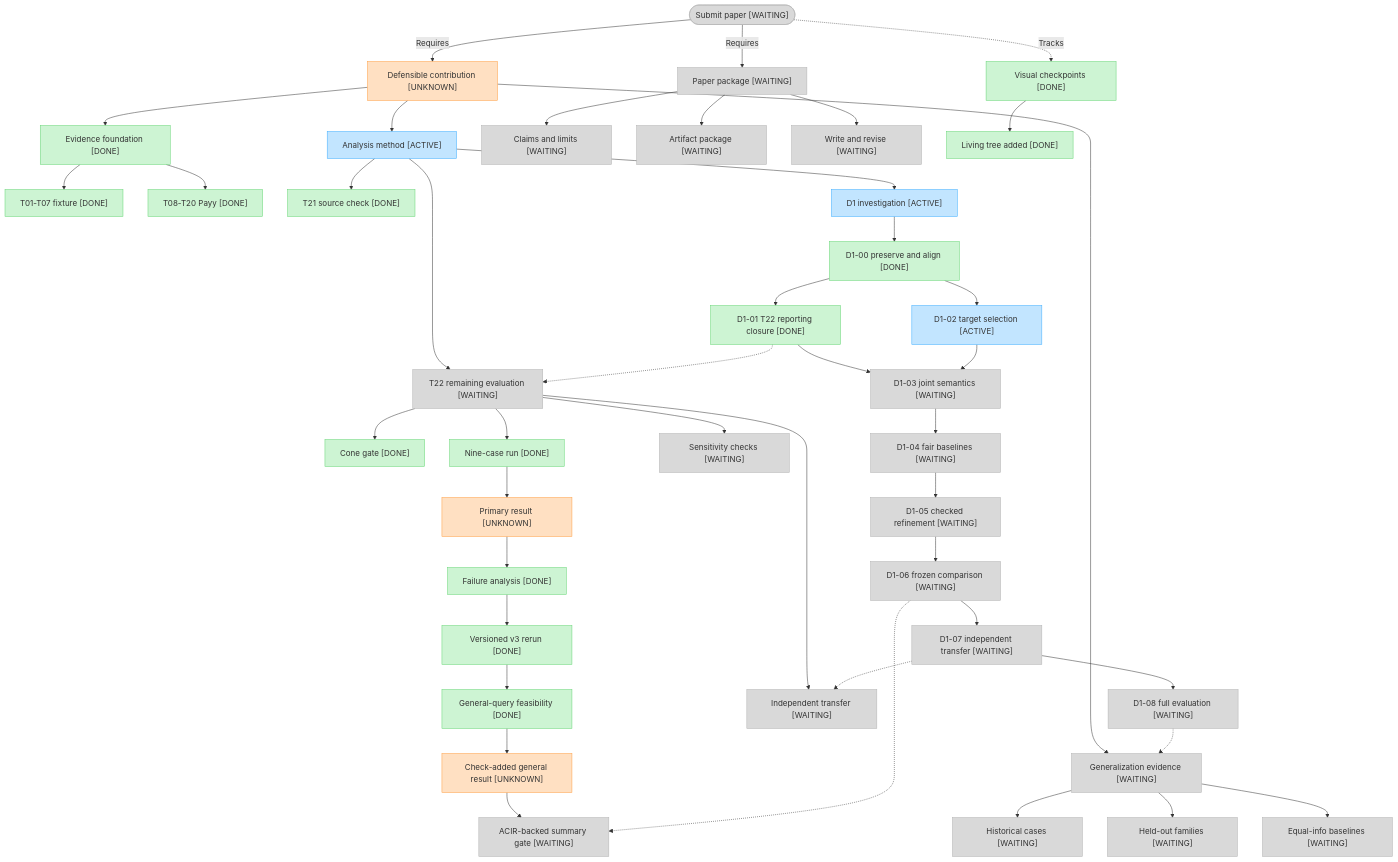
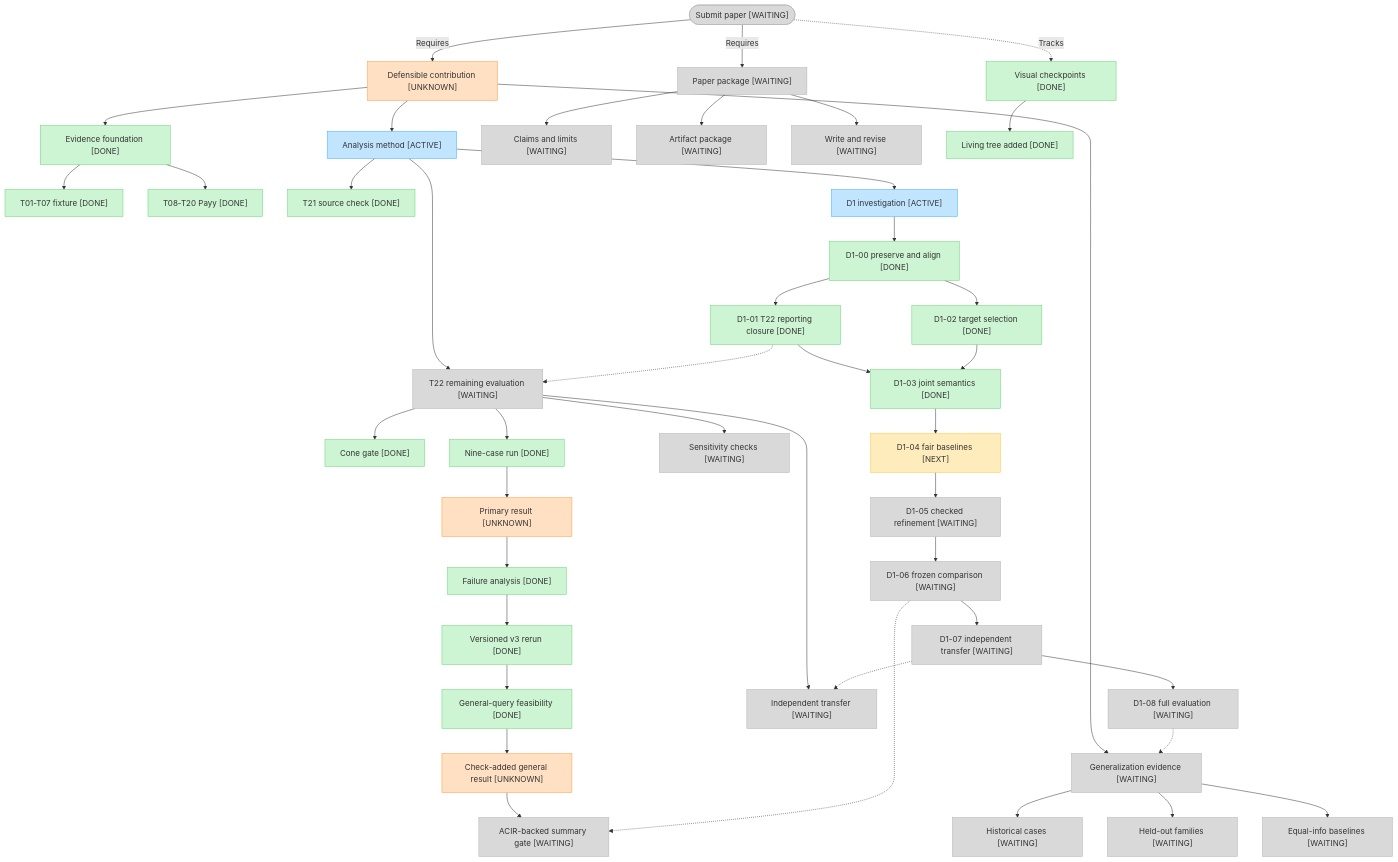
Before and after one commit to imranpollob/BindCheck: the diagram in docs/project-status.md, drawn with Mermaid. The commit also changed other lines of this file and 35 other files, not shown here.

````diff
--- a/docs/project-status.md
+++ b/docs/project-status.md
@@ -16,65 +16,66 @@
 ```mermaid
 flowchart TD
     submit(["Submit paper [WAITING]"])
     contribution["Defensible contribution [UNKNOWN]"]
     submit -->|"Requires"| contribution
     submit -->|"Requires"| manuscript["Paper package [WAITING]"]
     submit -.->|"Tracks"| tracking["Visual checkpoints [DONE]"]
 
     contribution --> foundation["Evidence foundation [DONE]"]
     contribution --> analysis["Analysis method [ACTIVE]"]
     contribution --> evaluation["Generalization evidence [WAITING]"]
 
     foundation --> fixture["T01-T07 fixture [DONE]"]
     foundation --> payy["T08-T20 Payy [DONE]"]
 
     analysis --> sourceCheck["T21 source check [DONE]"]
     analysis --> t22["T22 remaining evaluation [WAITING]"]
     t22 --> coneGate["Cone gate [DONE]"]
     t22 --> nineCases["Nine-case run [DONE]"]
     nineCases --> primaryResult["Primary result [UNKNOWN]"]
     primaryResult --> failureAnalysis["Failure analysis [DONE]"]
     failureAnalysis --> v3Rerun["Versioned v3 rerun [DONE]"]
     v3Rerun --> generalGate["General-query feasibility [DONE]"]
     generalGate --> generalResult["Check-added general result [UNKNOWN]"]
     generalResult --> acirSummary["ACIR-backed summary gate [WAITING]"]
     t22 --> transferCase["Independent transfer [WAITING]"]
     t22 --> sensitivity["Sensitivity checks [WAITING]"]
 
     analysis --> d1["D1 investigation [ACTIVE]"]
     d1 --> d100["D1-00 preserve and align [DONE]"]
     d100 --> d101["D1-01 T22 reporting closure [DONE]"]
-    d100 --> d102["D1-02 target selection [ACTIVE]"]
-    d101 --> d103["D1-03 joint semantics [WAITING]"]
+    d100 --> d102["D1-02 target selection [DONE]"]
+    d101 --> d103["D1-03 joint semantics [DONE]"]
     d102 --> d103
-    d103 --> d104["D1-04 fair baselines [WAITING]"]
+    d103 --> d104["D1-04 fair baselines [NEXT]"]
     d104 --> d105["D1-05 checked refinement [WAITING]"]
     d105 --> d106["D1-06 frozen comparison [WAITING]"]
     d106 --> d107["D1-07 independent transfer [WAITING]"]
     d107 --> d108["D1-08 full evaluation [WAITING]"]
     d101 -.-> t22
     d106 -.-> acirSummary
     d107 -.-> transferCase
     d108 -.-> evaluation
 
     evaluation --> history["Historical cases [WAITING]"]
     evaluation --> heldOut["Held-out families [WAITING]"]
     evaluation --> baselines["Equal-info baselines [WAITING]"]
 
     manuscript --> claims["Claims and limits [WAITING]"]
     manuscript --> artifacts["Artifact package [WAITING]"]
     manuscript --> draft["Write and revise [WAITING]"]
 
     tracking --> livingTree["Living tree added [DONE]"]
 
     classDef done fill:#CDF4D3,stroke:#66D575
     classDef active fill:#C2E5FF,stroke:#3DADFF
     classDef next fill:#FFECBD,stroke:#FFC943
     classDef waiting fill:#D9D9D9,stroke:#B3B3B3
     classDef unknown fill:#FFE0C2,stroke:#FF9E42
 
-    class foundation,fixture,payy,sourceCheck,coneGate,nineCases,failureAnalysis,v3Rerun,generalGate,tracking,livingTree,d100,d101 done
-    class analysis,d1,d102 active
-    class evaluation,history,heldOut,baselines,manuscript,claims,artifacts,draft,transferCase,sensitivity,submit,t22,acirSummary,d103,d104,d105,d106,d107,d108 waiting
+    class foundation,fixture,payy,sourceCheck,coneGate,nineCases,failureAnalysis,v3Rerun,generalGate,tracking,livingTree,d100,d101,d102,d103 done
+    class analysis,d1 active
+    class evaluation,history,heldOut,baselines,manuscript,claims,artifacts,draft,transferCase,sensitivity,submit,t22,acirSummary,d105,d106,d107,d108 waiting
+    class d104 next
     class contribution,primaryResult,generalResult unknown
 ```
````
